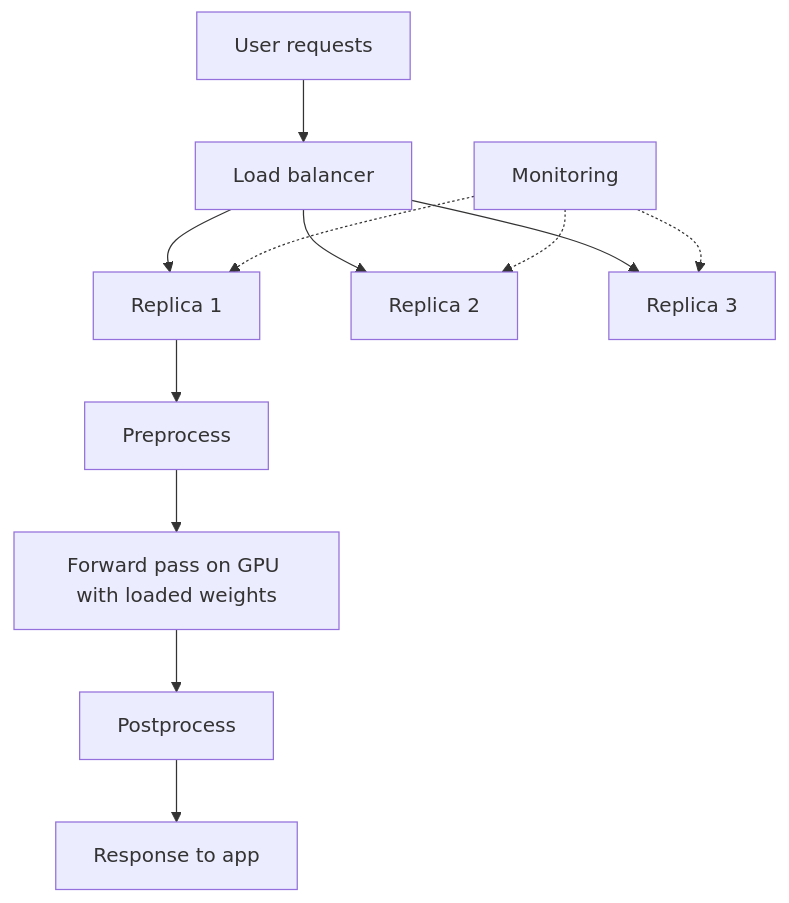
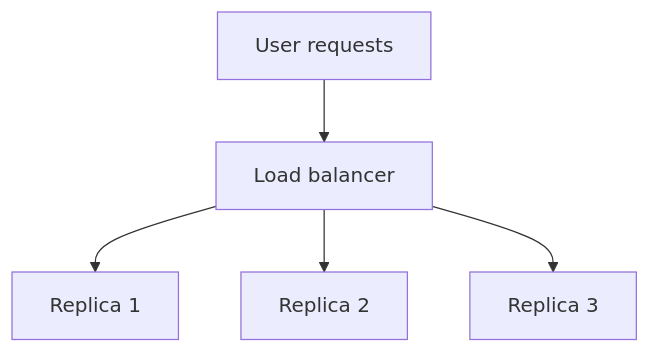
One commit to kaisarnajar/outcome-school-blogs changed the second of 3 diagrams in notes/step-16-ai-infrastructure-deployment-and-system-design/186-model-serving.md. Above: the diagram before and after it, drawn with Mermaid. The commit also changed other lines of this file and 233 other files, not shown here.

````diff
--- a/notes/step-16-ai-infrastructure-deployment-and-system-design/186-model-serving.md
+++ b/notes/step-16-ai-infrastructure-deployment-and-system-design/186-model-serving.md
@@ -57,14 +64,7 @@
 ```mermaid
 flowchart TD
-    U["User requests"] --> LB["Load balancer"]
-    LB --> R1["Replica 1"]
-    LB --> R2["Replica 2"]
-    LB --> R3["Replica 3"]
-    R1 --> P["Preprocess"]
-    P --> F["Forward pass on GPU with loaded weights"]
-    F --> Q["Postprocess"]
-    Q --> A["Response to app"]
-    M["Monitoring"] -.-> R1
-    M -.-> R2
-    M -.-> R3
+    R["User requests"] --> LB["Load balancer"]
+    LB --> P1["Replica 1"]
+    LB --> P2["Replica 2"]
+    LB --> P3["Replica 3"]
 ```
````
